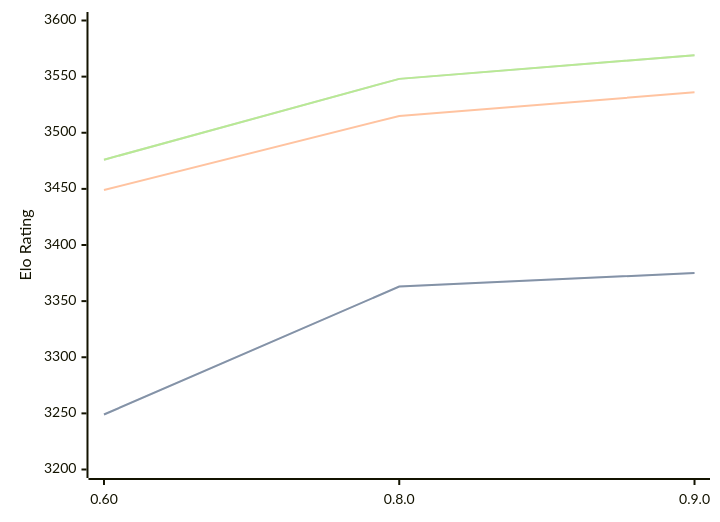
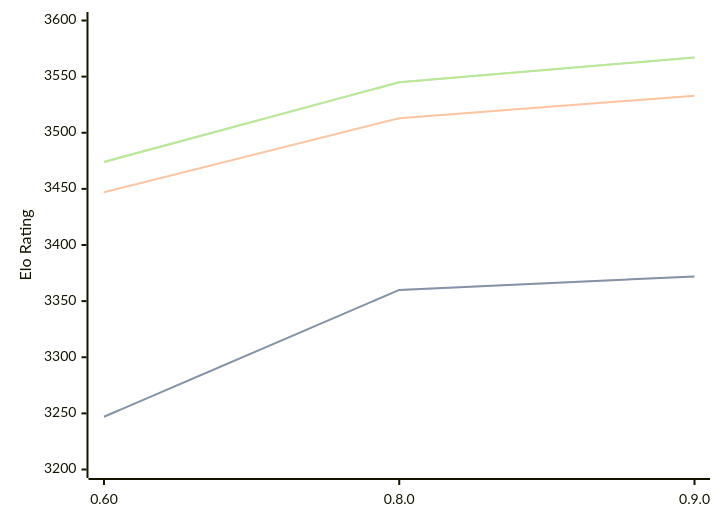
One commit to computer-chess-index/cci changed the diagram in engines/Motor.md. Above: the diagram before and after it, drawn with Mermaid. The commit also changed other lines of this file, not shown here.

Commit message:
Update CCI Ratings (ELO VLTC) - 2026-03-10

````diff
--- a/engines/Motor.md
+++ b/engines/Motor.md
@@ -37,11 +37,11 @@
 ```mermaid
 %%{init: {"theme":"base","themeVariables":{"seriesColors:['#a3a3a3','#222221','#faa371']}}}%%
 xychart-beta
   x-axis ["0.60", "0.8.0", "0.9.0"]
   y-axis "Elo Rating" 3200 --> 3600
-  line "STC (8.0+0.08s)" [3249, 3363, 3375]
-  line "STC (8.0+0.08s)" [3249, 3363, 3375]
-  line "LTC (60.0+0.60s)" [3449, 3515, 3536]
-  line "VLTC (2m24s+1.12s)" [3476, 3548, 3569]
-  line "VLTC (2m24s+1.12s)" [3476, 3548, 3569]
+  line "STC (8.0+0.08s)" [3247, 3360, 3372]
+  line "STC (8.0+0.08s)" [3247, 3360, 3372]
+  line "LTC (60.0+0.60s)" [3447, 3513, 3533]
+  line "VLTC (2m24s+1.12s)" [3474, 3545, 3567]
+  line "VLTC (2m24s+1.12s)" [3474, 3545, 3567]
 ```
````
